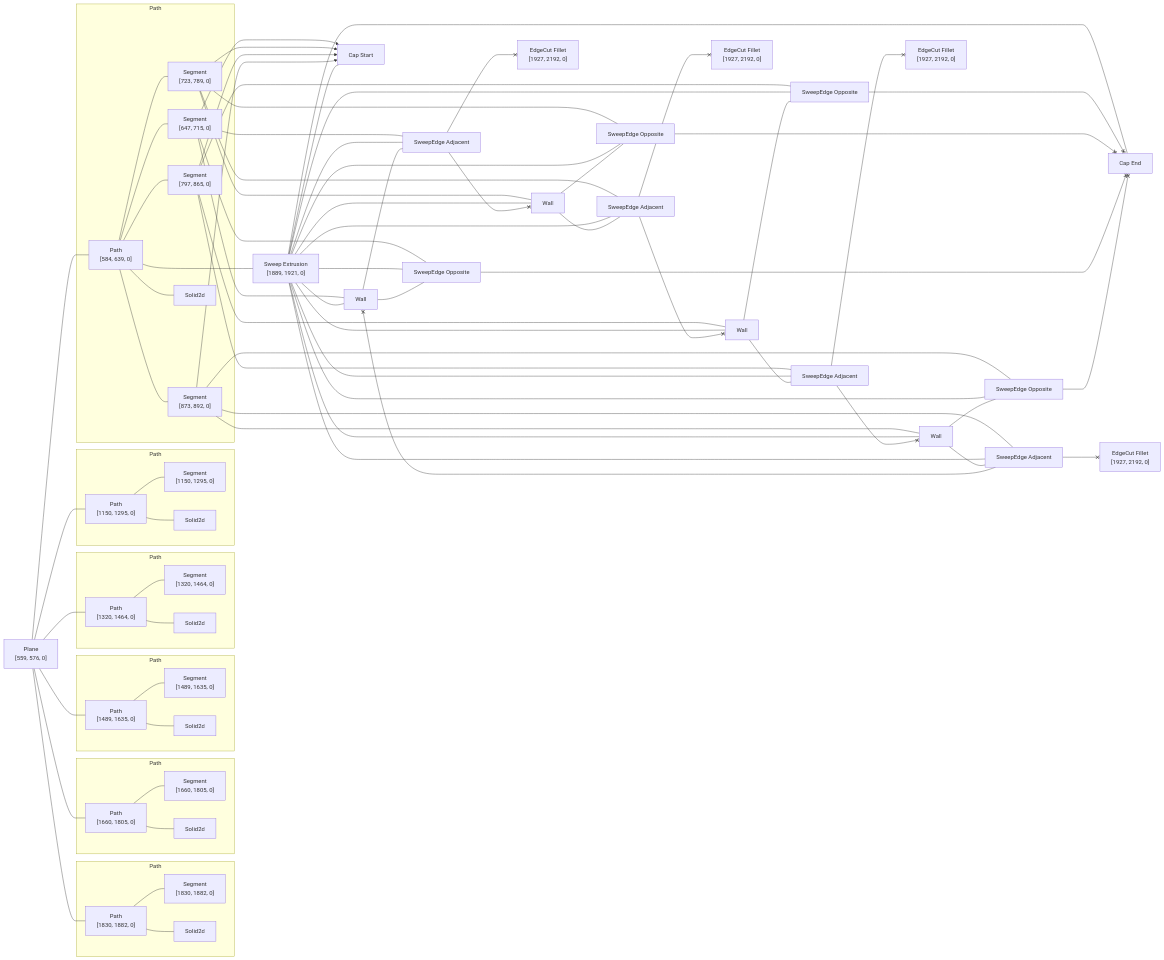
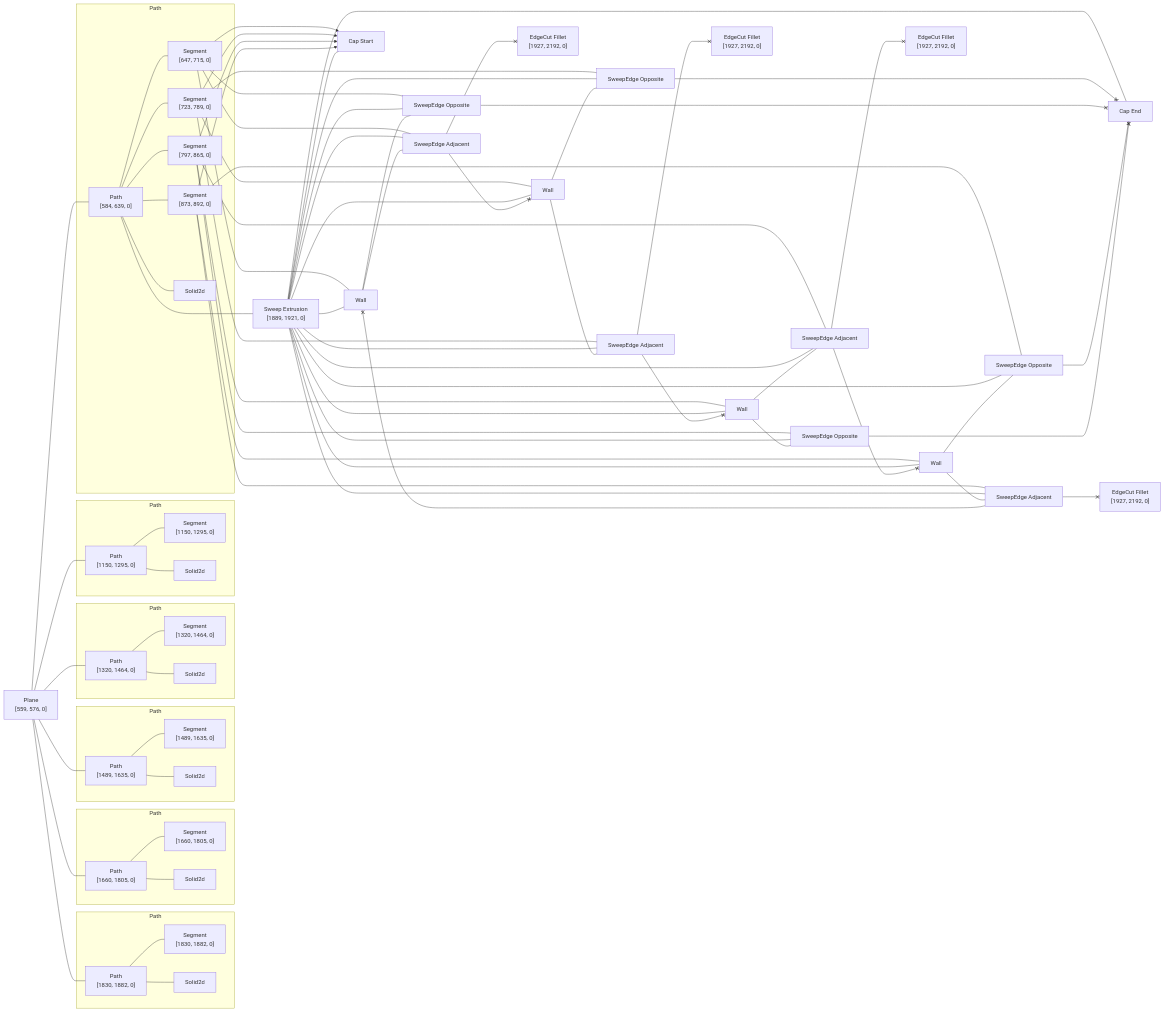
One commit to rajgandhi1/modeling-app changed the diagram in rust/kcl-lib/tests/kcl_samples/mounting-plate/artifact_graph_flowchart.snap.md. Above: the diagram before and after it, drawn with Mermaid. The commit also changed 110 other files, not shown here.

````diff
--- a/rust/kcl-lib/tests/kcl_samples/mounting-plate/artifact_graph_flowchart.snap.md
+++ b/rust/kcl-lib/tests/kcl_samples/mounting-plate/artifact_graph_flowchart.snap.md
@@ -77,20 +77,20 @@
   7 --- 18
   8 --- 27
   8 x--> 28
-  8 --- 32
-  8 --- 36
+  8 --- 31
+  8 --- 35
   9 --- 25
   9 x--> 28
-  9 --- 31
-  9 --- 37
+  9 --- 30
+  9 --- 34
   10 --- 24
   10 x--> 28
-  10 --- 30
-  10 --- 34
+  10 --- 33
+  10 --- 37
   11 --- 26
   11 x--> 28
-  11 --- 33
-  11 --- 35
+  11 --- 32
+  11 --- 36
   23 --- 24
   23 --- 25
   23 --- 26
@@ -105,24 +105,24 @@
   23 --- 35
   23 --- 36
   23 --- 37
-  24 --- 30
-  24 --- 34
-  37 <--x 24
-  25 --- 31
-  36 <--x 25
-  25 --- 37
-  26 --- 33
-  34 <--x 26
-  26 --- 35
-  27 --- 32
-  35 <--x 27
-  27 --- 36
+  24 --- 33
+  34 <--x 24
+  24 --- 37
+  25 --- 30
+  25 --- 34
+  35 <--x 25
+  26 --- 32
+  26 --- 36
+  37 <--x 26
+  27 --- 31
+  27 --- 35
+  36 <--x 27
   30 <--x 29
   31 <--x 29
   32 <--x 29
   33 <--x 29
-  34 <--x 38
-  35 <--x 40
-  36 <--x 39
-  37 <--x 41
+  34 <--x 41
+  35 <--x 39
+  36 <--x 40
+  37 <--x 38
 ```
````
